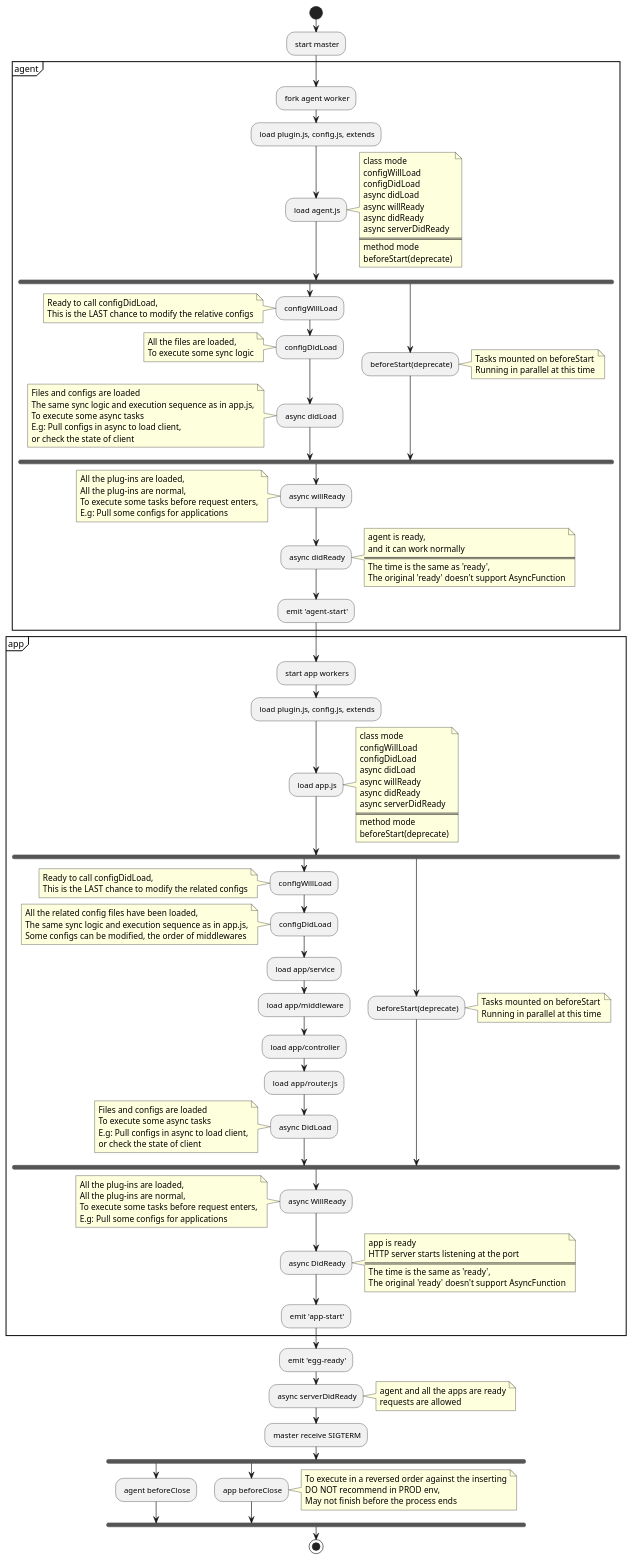
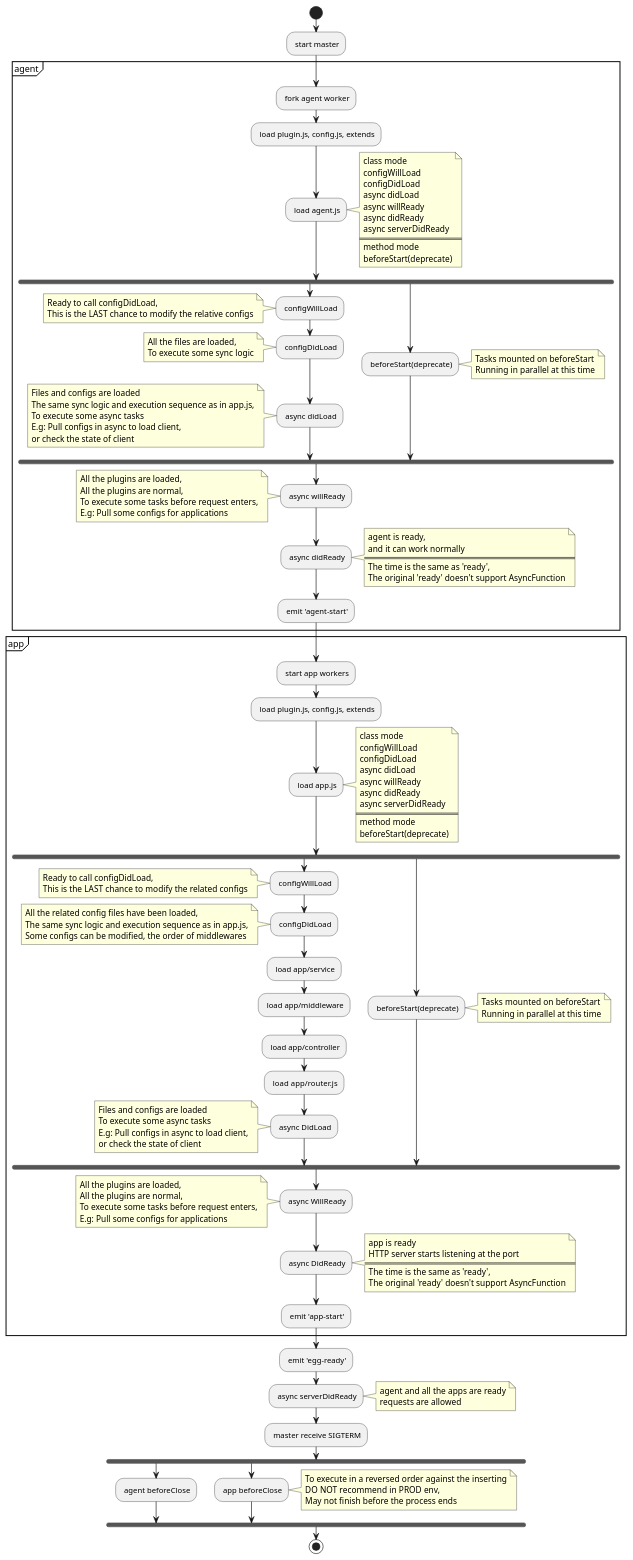
Before and after one commit to eggjs/egg: the diagram in docs/assets/lifecycle_en.puml, drawn with PlantUML. The commit also changed 10 other files, not shown here.

```diff
--- a/docs/assets/lifecycle_en.puml
+++ b/docs/assets/lifecycle_en.puml
@@ -1,144 +1,144 @@
 @startuml
 start
 : start master;
 partition agent {
   : fork agent worker;
   : load plugin.js, config.js, extends;
   : load agent.js;
   note right
     class mode
     configWillLoad
     configDidLoad
     async didLoad
     async willReady
     async didReady
     async serverDidReady
     ====
     method mode
     beforeStart(deprecate)
   end note
   fork
   : configWillLoad;
   note left
     Ready to call configDidLoad,
     This is the LAST chance to modify the relative configs
   end note
   : configDidLoad;
   note left
     All the files are loaded,
     To execute some sync logic
   end note
   : async didLoad;
   note left
     Files and configs are loaded
     The same sync logic and execution sequence as in app.js,
     To execute some async tasks
     E.g: Pull configs in async to load client,
     or check the state of client
   end note
   fork again
     : beforeStart(deprecate);
     note right
       Tasks mounted on beforeStart
       Running in parallel at this time
     end note
   endfork
   : async willReady;
   note left
-    All the plug-ins are loaded,
-    All the plug-ins are normal,
+    All the plugins are loaded,
+    All the plugins are normal,
     To execute some tasks before request enters,
     E.g: Pull some configs for applications
   end note
   : async didReady;
   note right
     agent is ready,
     and it can work normally
     ====
     The time is the same as 'ready',
     The original 'ready' doesn't support AsyncFunction
   end note
   : emit 'agent-start';
 }
 partition app {
   : start app workers;
   : load plugin.js, config.js, extends;
   : load app.js;
   note right
     class mode
     configWillLoad
     configDidLoad
     async didLoad
     async willReady
     async didReady
     async serverDidReady
     ====
     method mode
     beforeStart(deprecate)
   end note
   fork
     : configWillLoad;
     note left
     Ready to call configDidLoad,
     This is the LAST chance to modify the related configs
     end note
     : configDidLoad;
     note left
       All the related config files have been loaded,
       The same sync logic and execution sequence as in app.js,
       Some configs can be modified, the order of middlewares
     end note
     : load app/service;
     : load app/middleware;
     : load app/controller;
     : load app/router.js;
     : async DidLoad;
   note left
     Files and configs are loaded
     To execute some async tasks
     E.g: Pull configs in async to load client,
     or check the state of client
   end note
   fork again
     : beforeStart(deprecate);
     note right
       Tasks mounted on beforeStart
       Running in parallel at this time
     end note
   end fork
     : async WillReady;
   note left
-    All the plug-ins are loaded,
-    All the plug-ins are normal,
+    All the plugins are loaded,
+    All the plugins are normal,
     To execute some tasks before request enters,
     E.g: Pull some configs for applications
   end note
   : async DidReady;
   note right
     app is ready
     HTTP server starts listening at the port
     ====
     The time is the same as 'ready',
     The original 'ready' doesn't support AsyncFunction
   end note
   : emit 'app-start';
 }
 : emit 'egg-ready';
 : async serverDidReady;
 note right
   agent and all the apps are ready
   requests are allowed
 end note
 : master receive SIGTERM;
 fork
 : agent beforeClose;
 fork again
 : app beforeClose;
 note right
   To execute in a reversed order against the inserting
   DO NOT recommend in PROD env,
   May not finish before the process ends
 end note
 endfork
 stop
 @enduml
```
